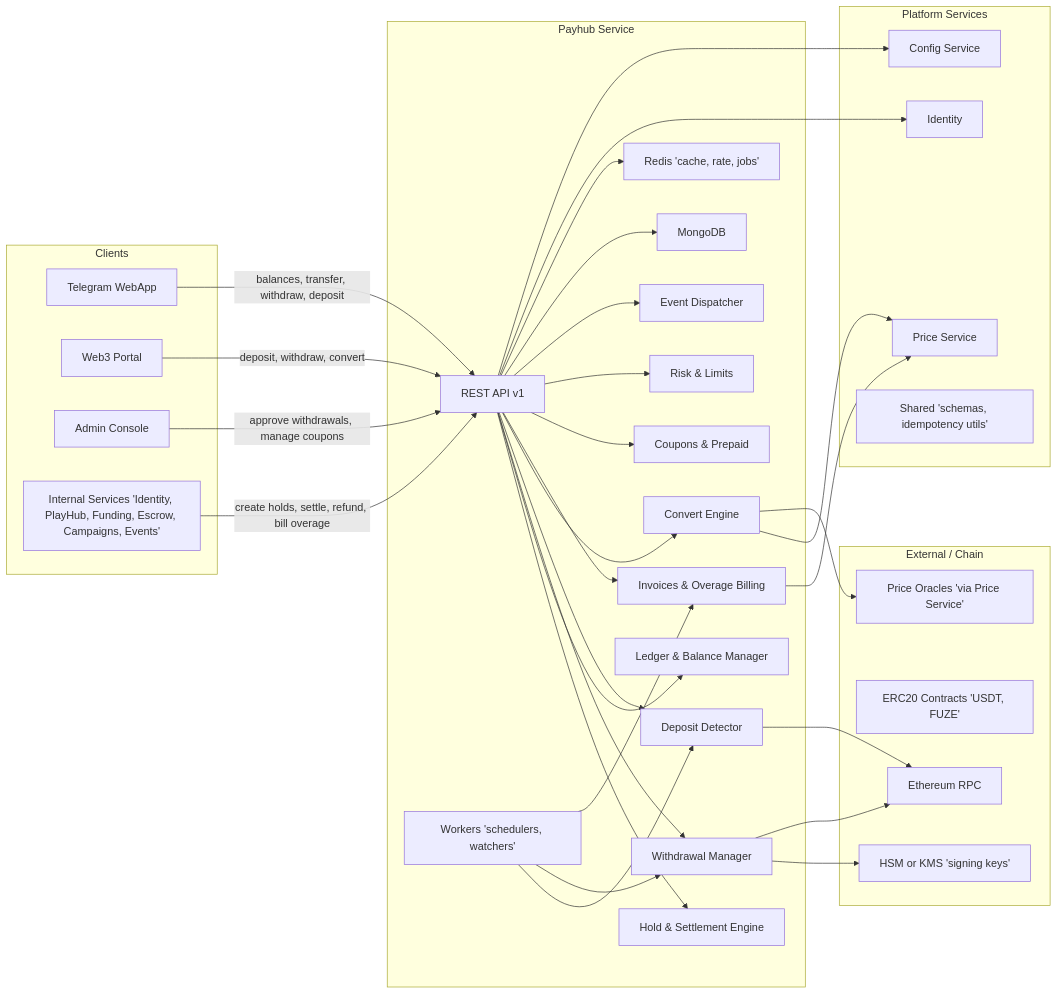
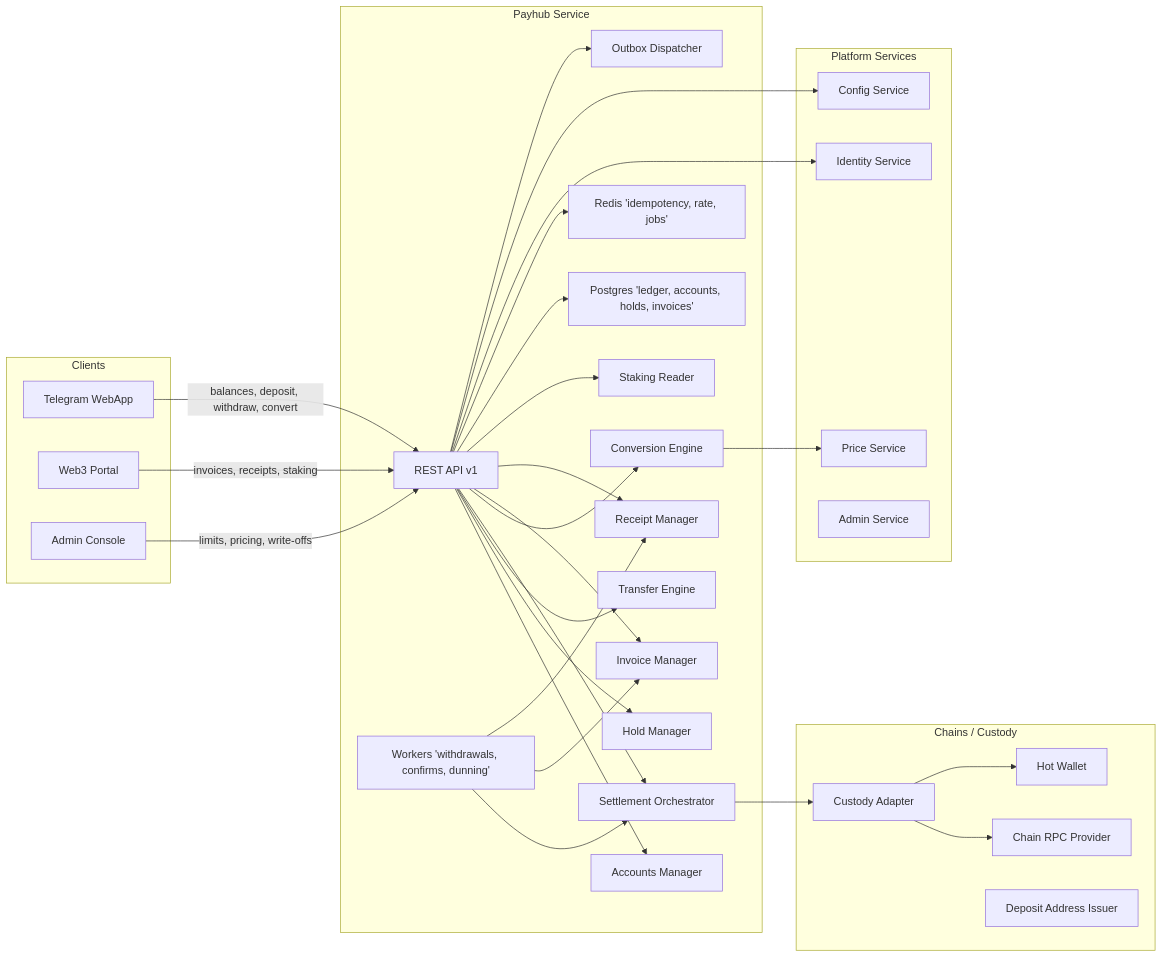
One commit to bkkac/tg-miniapp-payhub-service changed the first of 7 diagrams in SystemDesign.md. Above: the diagram before and after it, drawn with Mermaid. The commit also changed other lines of this file, not shown here.

````diff
--- a/SystemDesign.md
+++ b/SystemDesign.md
@@ -16,71 +11,64 @@
 ```mermaid
 flowchart LR
   subgraph "Clients"
     TG["Telegram WebApp"]
     W3["Web3 Portal"]
     ADM["Admin Console"]
-    SVC["Internal Services 'Identity, PlayHub, Funding, Escrow, Campaigns, Events'"]
   end
 
   subgraph "Payhub Service"
     API["REST API v1"]
-    HLD["Hold & Settlement Engine"]
-    LGR["Ledger & Balance Manager"]
-    WDR["Withdrawal Manager"]
-    DEP["Deposit Detector"]
-    CNV["Convert Engine"]
-    INV["Invoices & Overage Billing"]
-    CPT["Coupons & Prepaid"]
-    RSK["Risk & Limits"]
-    EVT["Event Dispatcher"]
-    DB["MongoDB"]
-    RDS["Redis 'cache, rate, jobs'"]
-    WRK["Workers 'schedulers, watchers'"]
-  end
-
-  subgraph "External / Chain"
-    ETH["Ethereum RPC"]
-    ERC["ERC20 Contracts 'USDT, FUZE'"]
-    KMS["HSM or KMS 'signing keys'"]
-    ORA["Price Oracles 'via Price Service'"]
+    ACC["Accounts Manager"]
+    HLD["Hold Manager"]
+    TRF["Transfer Engine"]
+    STTL["Settlement Orchestrator"]
+    CNV["Conversion Engine"]
+    STK["Staking Reader"]
+    INV["Invoice Manager"]
+    RCT["Receipt Manager"]
+    OUT["Outbox Dispatcher"]
+    DB["Postgres 'ledger, accounts, holds, invoices'"]
+    RDS["Redis 'idempotency, rate, jobs'"]
+    WRK["Workers 'withdrawals, confirms, dunning'"]
   end
 
   subgraph "Platform Services"
-    ID["Identity"]
+    ID["Identity Service"]
     CFG["Config Service"]
-    PRICE["Price Service"]
-    SHD["Shared 'schemas, idempotency utils'"]
+    PRC["Price Service"]
+    ADMAPI["Admin Service"]
   end
 
-  TG -->|balances, transfer, withdraw, deposit| API
-  W3 -->|deposit, withdraw, convert| API
-  ADM -->|approve withdrawals, manage coupons| API
-  SVC -->|create holds, settle, refund, bill overage| API
+  subgraph "Chains / Custody"
+    CUS["Custody Adapter"]
+    RPC["Chain RPC Provider"]
+    WLT["Hot Wallet"]
+    WADDR["Deposit Address Issuer"]
+  end
 
+  TG -->|balances, deposit, withdraw, convert| API
+  W3 -->|invoices, receipts, staking| API
+  ADM -->|limits, pricing, write-offs| API
+
+  API --> ACC
   API --> HLD
-  API --> LGR
-  API --> WDR
-  API --> DEP
+  API --> TRF
+  API --> STTL
   API --> CNV
   API --> INV
-  API --> CPT
-  API --> RSK
-  API --> EVT
+  API --> RCT
+  API --> STK
   API --> DB
   API --> RDS
-  WRK --> DEP
-  WRK --> WDR
+  WRK --> STTL
   WRK --> INV
+  WRK --> RCT
 
-  %% cross-service
   API --> ID
   API --> CFG
-  CNV --> PRICE
-  INV --> PRICE
-
-  %% chain
-  WDR --> KMS
-  WDR --> ETH
-  DEP --> ETH
-  CNV --> ORA
+  CNV --> PRC
+  STTL --> CUS
+  CUS --> RPC
+  CUS --> WLT
+  API --> OUT
 ```
````
